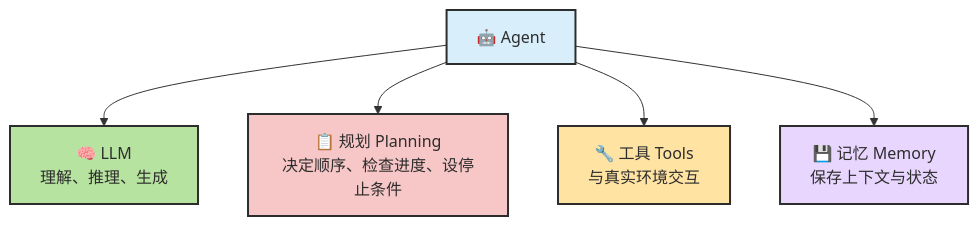
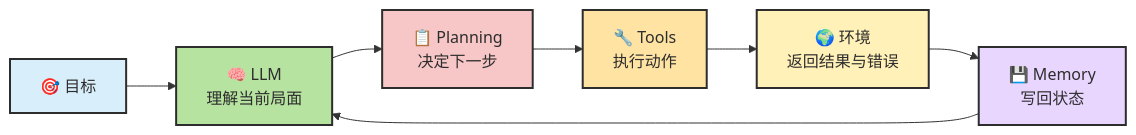
Before and after one commit to zht043/AgenticCodingTutorial: the sixth of 19 diagrams in docs/chapters/ch02-concepts.md, drawn with Mermaid. The commit also changed other lines of this file, not shown here.

````diff
--- a/docs/chapters/ch02-concepts.md
+++ b/docs/chapters/ch02-concepts.md
@@ -392,13 +236,11 @@
 ```mermaid
-flowchart TB
-    classDef center fill:#d8eefb,stroke:#2d2d2d,stroke-width:2px,color:#2d2d2d
-    classDef llm fill:#b7e3a1,stroke:#2d2d2d,stroke-width:2px,color:#2d2d2d
+flowchart LR
+    classDef goal fill:#d8eefb,stroke:#2d2d2d,stroke-width:2px,color:#2d2d2d
+    classDef model fill:#b7e3a1,stroke:#2d2d2d,stroke-width:2px,color:#2d2d2d
     classDef plan fill:#f7c6c7,stroke:#2d2d2d,stroke-width:2px,color:#2d2d2d
     classDef tool fill:#ffe3a3,stroke:#2d2d2d,stroke-width:2px,color:#2d2d2d
+    classDef env fill:#fff1b8,stroke:#2d2d2d,stroke-width:2px,color:#2d2d2d
     classDef mem fill:#e8d6ff,stroke:#2d2d2d,stroke-width:2px,color:#2d2d2d
 
-    A["🤖 Agent"]:::center --> L["🧠 LLM<br/>理解、推理、生成"]:::llm
-    A --> P["📋 规划 Planning<br/>决定顺序、检查进度、设停止条件"]:::plan
-    A --> T["🔧 工具 Tools<br/>与真实环境交互"]:::tool
-    A --> M["💾 记忆 Memory<br/>保存上下文与状态"]:::mem
+    G["🎯 目标"]:::goal --> L["🧠 LLM<br/>理解当前局面"]:::model --> P["📋 Planning<br/>决定下一步"]:::plan --> T["🔧 Tools<br/>执行动作"]:::tool --> E["🌍 环境<br/>返回结果与错误"]:::env --> M["💾 Memory<br/>写回状态"]:::mem --> L
 ```
````
